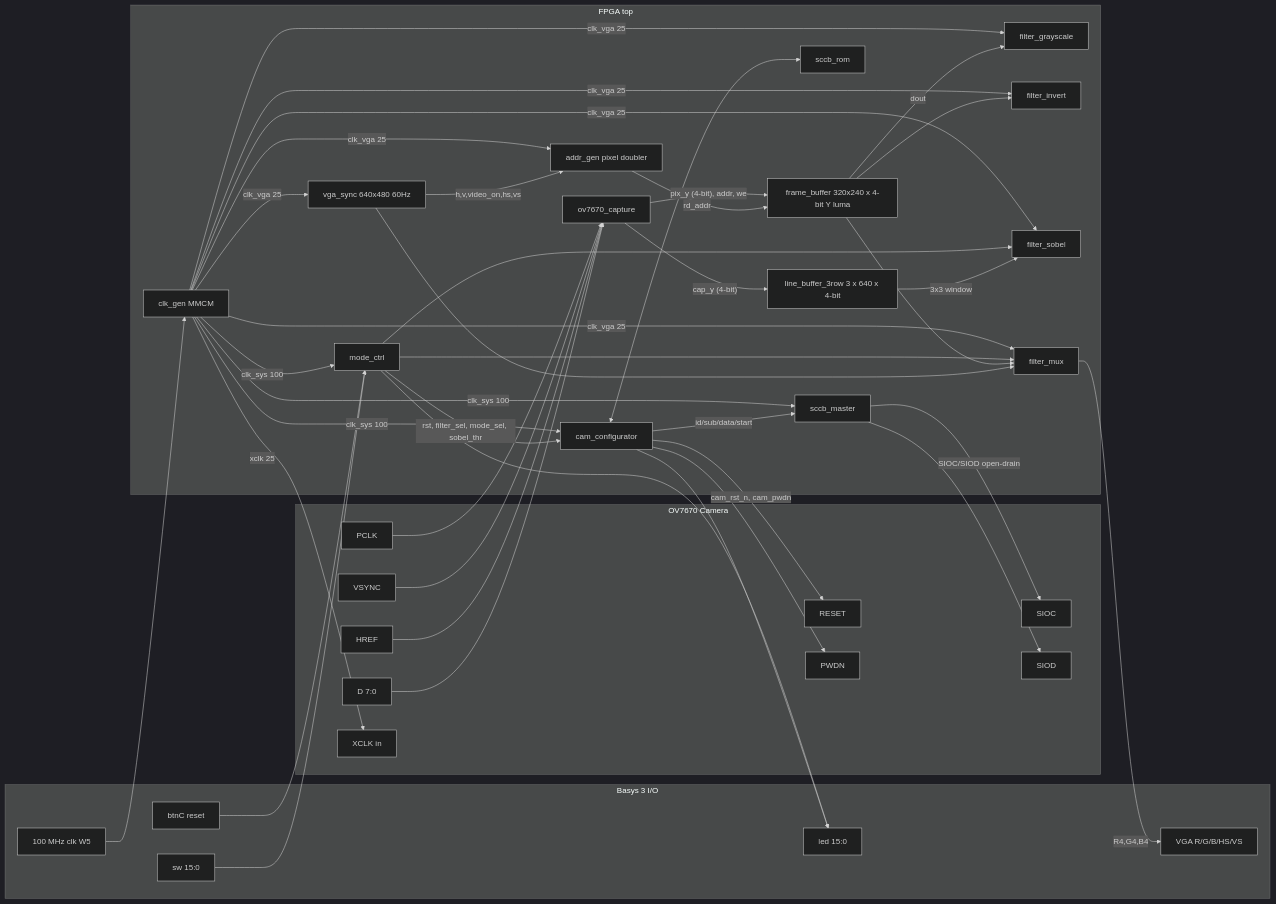
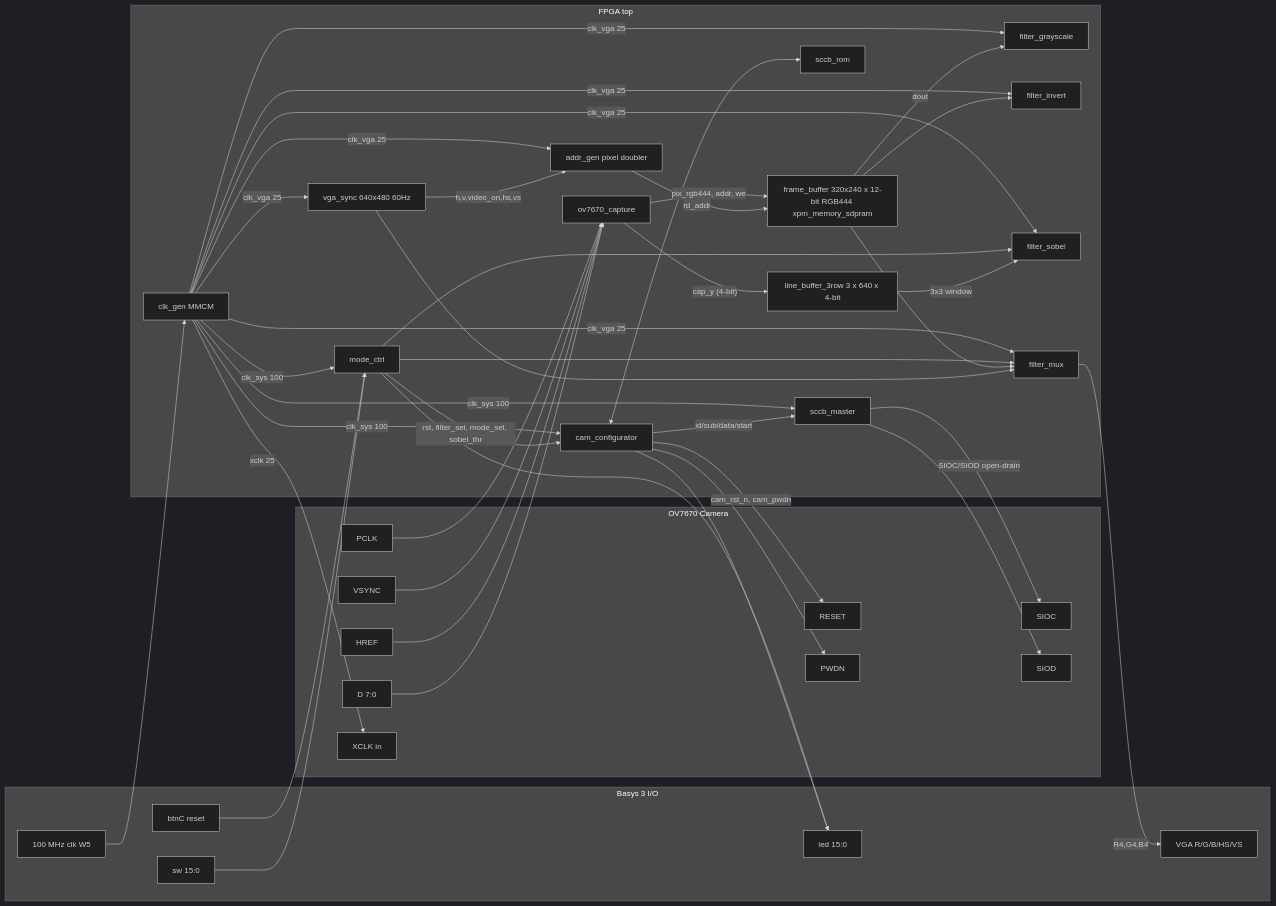
One commit to NatSilprasert/final-hardware-lab changed the diagram in doc/block_diagram.md. Above: the diagram before and after it, drawn with Mermaid (dark theme). The commit also changed 5 other files, not shown here.

First line of the commit message:
use xpm_memory_sdpram for frame buffer and relax pclk route

```diff
--- a/doc/block_diagram.md
+++ b/doc/block_diagram.md
@@ -29,7 +29,7 @@
         SCCB[sccb_master]
         ROM[sccb_rom]
         Cap[ov7670_capture]
-        FB[frame_buffer 320x240 x 4-bit Y luma]
+        FB[frame_buffer 320x240 x 12-bit RGB444 xpm_memory_sdpram]
         LB[line_buffer_3row 3 x 640 x 4-bit]
         VGASync[vga_sync 640x480 60Hz]
         AddrGen[addr_gen pixel doubler]
@@ -69,7 +69,7 @@
     CamHREF --> Cap
     CamD --> Cap
 
-    Cap -- "pix_y (4-bit), addr, we" --> FB
+    Cap -- "pix_rgb444, addr, we" --> FB
     Cap -- "cap_y (4-bit)" --> LB
     LB -- "3x3 window" --> Sobel
     FB -- "dout" --> Gray
```
